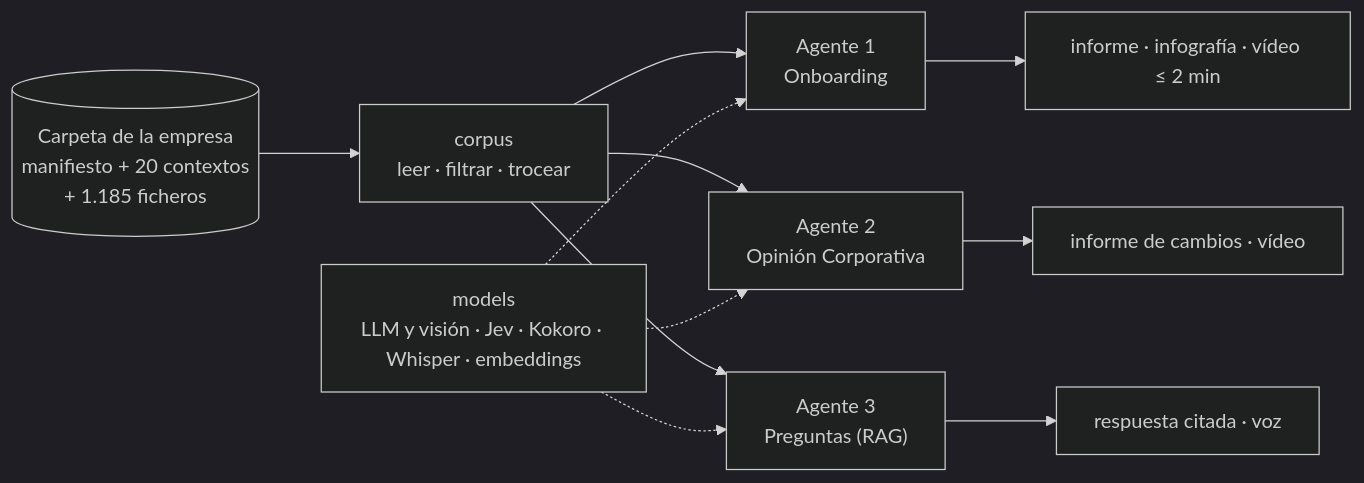
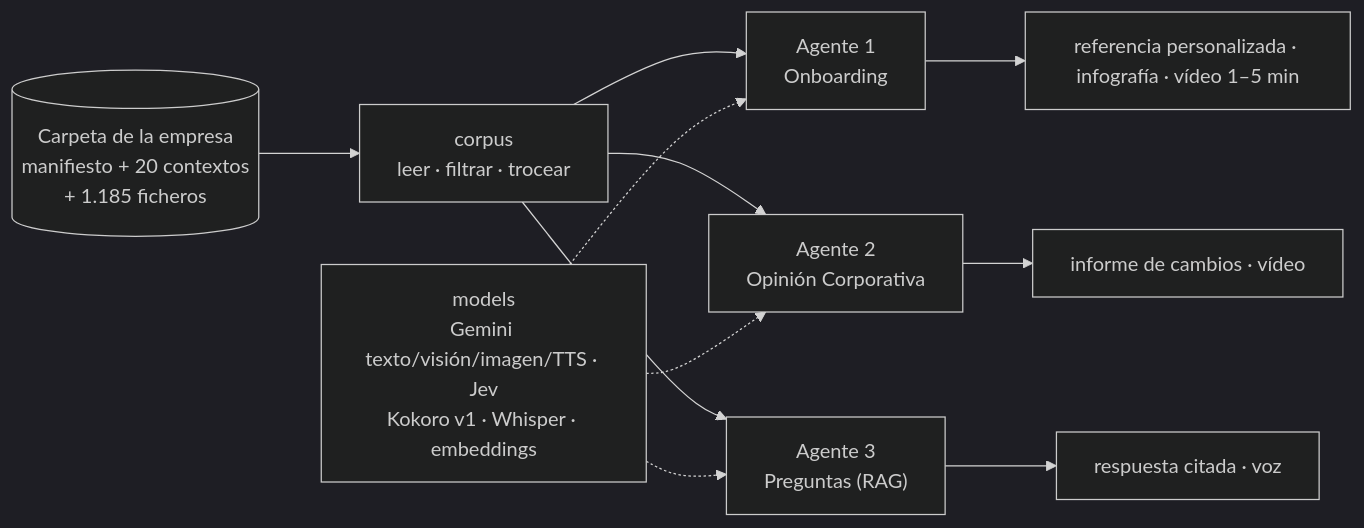
The diagram in README.md (GRUPO-TFM/B5T4-Multimodales), drawn with Mermaid (dark theme) before and after one commit. The commit also changed other lines of this file and 36 other files, not shown here.

````diff
--- a/README.md
+++ b/README.md
@@ -28,13 +31,13 @@
 ```mermaid
 flowchart LR
     DATA[("Carpeta de la empresa<br/>manifiesto + 20 contextos<br/>+ 1.185 ficheros")] --> CORPUS["corpus<br/>leer · filtrar · trocear"]
     CORPUS --> A1["Agente 1<br/>Onboarding"]
     CORPUS --> A2["Agente 2<br/>Opinión Corporativa"]
     CORPUS --> A3["Agente 3<br/>Preguntas (RAG)"]
-    A1 --> OUT1["informe · infografía · vídeo ≤ 2 min"]
+    A1 --> OUT1["referencia personalizada · infografía · vídeo 1–5 min"]
     A2 --> OUT2["informe de cambios · vídeo"]
     A3 --> OUT3["respuesta citada · voz"]
-    MODELS["models<br/>LLM y visión · Jev · Kokoro · Whisper · embeddings"] -.-> A1
+    MODELS["models<br/>Gemini texto/visión/imagen/TTS · Jev<br/>Kokoro v1 · Whisper · embeddings"] -.-> A1
     MODELS -.-> A2
     MODELS -.-> A3
 ```
````
